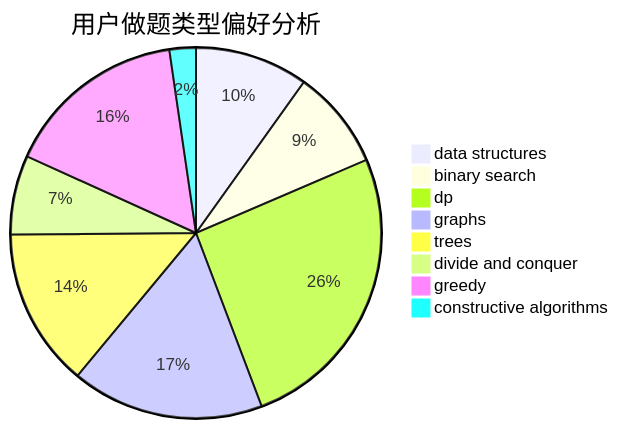
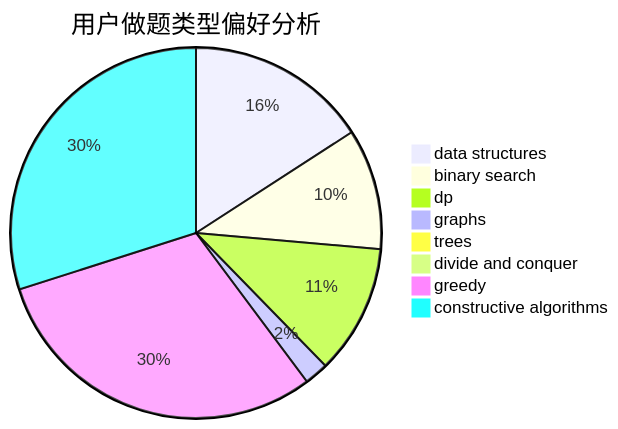
Before and after one commit to sherpahu/cfrs.github.io: the second of 3 diagrams in docs/user/u518.md, drawn with Mermaid. The commit also changed other lines of this file and 2770 other files, not shown here.

````diff
--- a/docs/user/u518.md
+++ b/docs/user/u518.md
@@ -23,11 +23,11 @@
 ```mermaid
 pie title 用户做题类型偏好分析
-    "data structures" :  90
-    "binary search" :  79
-    "dp" :  234
-    "graphs" :  153
-    "trees" :  126
-    "divide and conquer" :  63
-    "greedy" :  145
-    "constructive algorithms" :  21
+    "data structures" :  265
+    "binary search" :  176
+    "dp" :  189
+    "graphs" :  35
+    "trees" :  13
+    "divide and conquer" :  0
+    "greedy" :  506
+    "constructive algorithms" :  500
 ```
````
